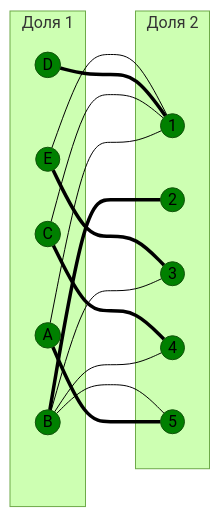
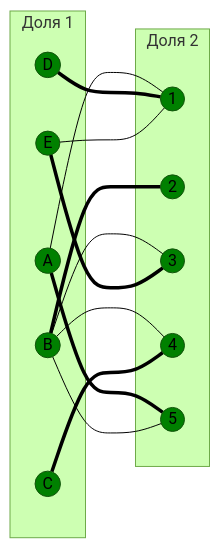
One commit to algos-ris-24-4/manual-tasks changed diagram 12 of 12 in Задание 8/slaaay.md. Above: the diagram before and after it, drawn with Mermaid (forest theme). The commit also changed other lines of this file, not shown here.

````diff
--- a/Задание 8/slaaay.md
+++ b/Задание 8/slaaay.md
@@ -401,39 +345,38 @@
 ```mermaid
 graph LR
     subgraph "Доля 1"
         A((A))
         B((B))
         C((C))
         D((D))
         E((E))
     end
     subgraph "Доля 2"
         1((1))
         2((2))
         3((3))
         4((4))
         5((5))
     end
     A --- 1
     A === 5
     B === 2
     B --- 3
     B --- 4
     B --- 5
-    C --- 1
     C === 4
     D === 1
     E --- 1
     E === 3
 
     style A fill:#008000
     style B fill:#008000
     style C fill:#008000
     style D fill:#008000
     style E fill:#008000
     style 1 fill:#008000
     style 2 fill:#008000
     style 3 fill:#008000
     style 4 fill:#008000
     style 5 fill:#008000
 ```
````
